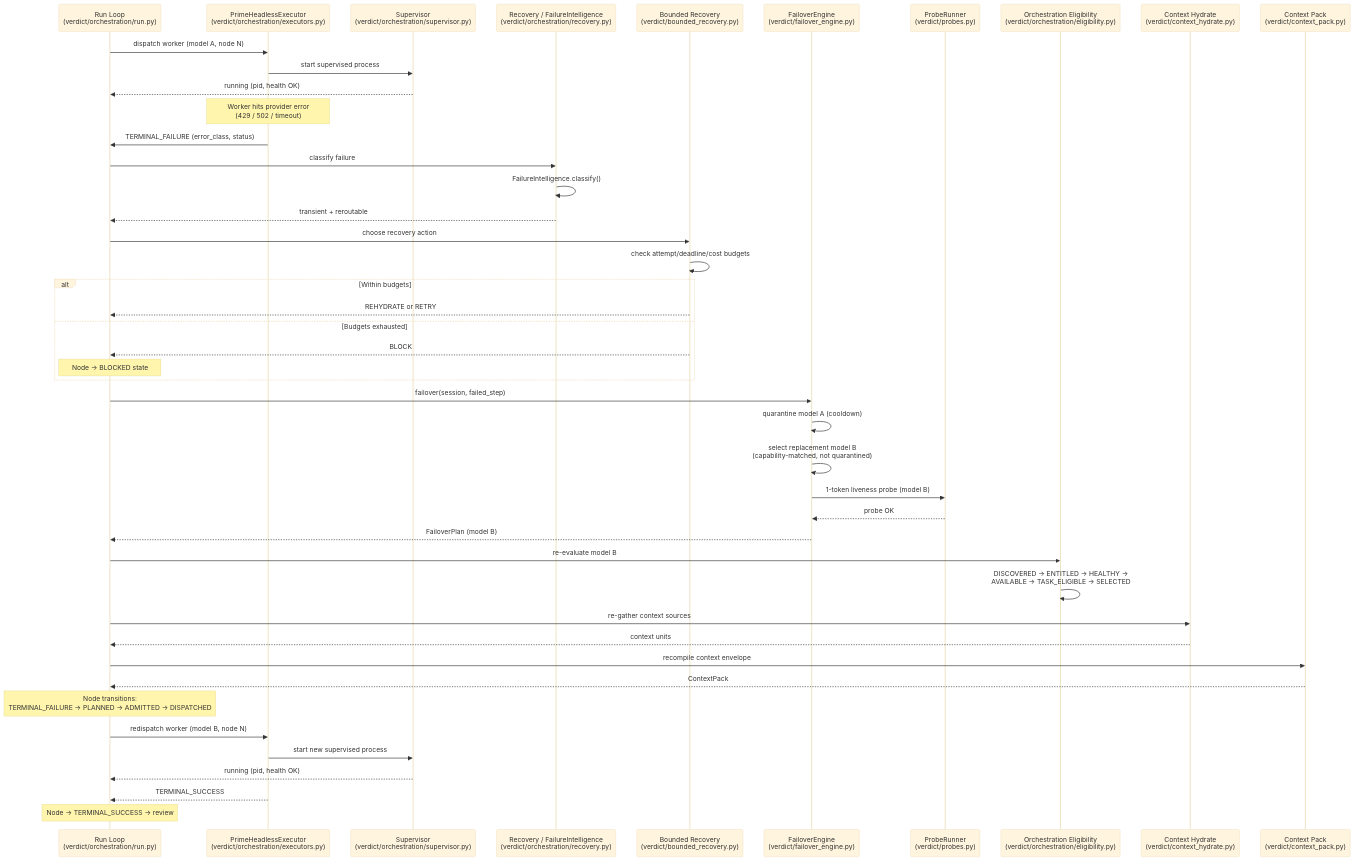
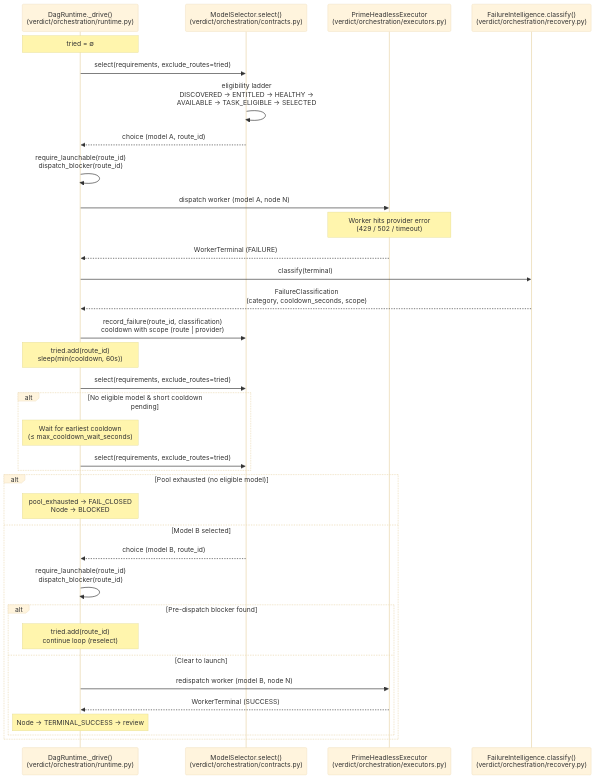
The diagram in docs/diagrams/failover-sequence.md (mrnicholasbcarter-code/verdict-core), drawn with Mermaid (base theme) before and after one commit. The commit also changed other lines of this file and 2 other files, not shown here.

Commit message:
fix(docs): address review B1-B4/N1 — remove fabricated participants, fix arrows
B1/B4: Remove FailoverEngine and BoundedRecoveryController from failover
sequence and goal-to-receipt diagrams. Show real inline _drive() loop:
classify -> cooldown(scope) -> selector.select(tried) -> launch gate ->
redispatch; pool exhausted -> FAIL_CLOSED.

B2: Remove Supervisor from per-node sequence. Show ControllerSupervisor
wrapping the controller process, not individual workers.

B3: Change eligibility arrow from ORCH_PLAN to ORCH_RUN (runtime calls
ModelSelector which runs the eligibility ladder, not planner).

N1: Relabel Cockpit from Fixture-Only Viewer to Decision & Outcome Log
Viewer. Dashboard reads verdict-decisions.jsonl + verdict-outcomes.jsonl
(live serve output), not benchmark fixtures.

````diff
--- a/docs/diagrams/failover-sequence.md
+++ b/docs/diagrams/failover-sequence.md
@@ -5,58 +8,48 @@
 ```mermaid
 sequenceDiagram
-    participant Run as Run Loop<br/>(verdict/orchestration/run.py)
+    participant RT as DagRuntime._drive()<br/>(verdict/orchestration/runtime.py)
+    participant Sel as ModelSelector.select()<br/>(verdict/orchestration/contracts.py)
     participant Exec as PrimeHeadlessExecutor<br/>(verdict/orchestration/executors.py)
-    participant Sup as Supervisor<br/>(verdict/orchestration/supervisor.py)
-    participant Rec as Recovery / FailureIntelligence<br/>(verdict/orchestration/recovery.py)
-    participant Bounded as Bounded Recovery<br/>(verdict/bounded_recovery.py)
-    participant FE as FailoverEngine<br/>(verdict/failover_engine.py)
-    participant Probes as ProbeRunner<br/>(verdict/probes.py)
-    participant Elig as Orchestration Eligibility<br/>(verdict/orchestration/eligibility.py)
-    participant Hydrate as Context Hydrate<br/>(verdict/context_hydrate.py)
-    participant Pack as Context Pack<br/>(verdict/context_pack.py)
+    participant FI as FailureIntelligence.classify()<br/>(verdict/orchestration/recovery.py)
 
-    Run->>Exec: dispatch worker (model A, node N)
-    Exec->>Sup: start supervised process
-    Sup-->>Run: running (pid, health OK)
+    Note over RT: tried = ∅
+
+    RT->>Sel: select(requirements, exclude_routes=tried)
+    Sel->>Sel: eligibility ladder<br/>DISCOVERED → ENTITLED → HEALTHY →<br/>AVAILABLE → TASK_ELIGIBLE → SELECTED
+    Sel-->>RT: choice (model A, route_id)
+
+    RT->>RT: require_launchable(route_id)<br/>dispatch_blocker(route_id)
+    RT->>Exec: dispatch worker (model A, node N)
 
     Note over Exec: Worker hits provider error<br/>(429 / 502 / timeout)
 
-    Exec->>Run: TERMINAL_FAILURE (error_class, status)
-    Run->>Rec: classify failure
-    Rec->>Rec: FailureIntelligence.classify()
-    Rec-->>Run: transient + reroutable
+    Exec-->>RT: WorkerTerminal (FAILURE)
 
-    Run->>Bounded: choose recovery action
-    Bounded->>Bounded: check attempt/deadline/cost budgets
-    alt Within budgets
-        Bounded-->>Run: REHYDRATE or RETRY
-    else Budgets exhausted
-        Bounded-->>Run: BLOCK
-        Note over Run: Node → BLOCKED state
+    RT->>FI: classify(terminal)
+    FI-->>RT: FailureClassification<br/>(category, cooldown_seconds, scope)
+
+    RT->>Sel: record_failure(route_id, classification)<br/>cooldown with scope (route | provider)
+    Note over RT: tried.add(route_id)<br/>sleep(min(cooldown, 60s))
+
+    RT->>Sel: select(requirements, exclude_routes=tried)
+
+    alt No eligible model & short cooldown pending
+        Note over RT: Wait for earliest cooldown<br/>(≤ max_cooldown_wait_seconds)
+        RT->>Sel: select(requirements, exclude_routes=tried)
     end
 
-    Run->>FE: failover(session, failed_step)
-    FE->>FE: quarantine model A (cooldown)
-    FE->>FE: select replacement model B<br/>(capability-matched, not quarantined)
-    FE->>Probes: 1-token liveness probe (model B)
-    Probes-->>FE: probe OK
+    alt Pool exhausted (no eligible model)
+        Note over RT: pool_exhausted → FAIL_CLOSED<br/>Node → BLOCKED
+    else Model B selected
+        Sel-->>RT: choice (model B, route_id)
+        RT->>RT: require_launchable(route_id)<br/>dispatch_blocker(route_id)
 
-    FE-->>Run: FailoverPlan (model B)
-
-    Run->>Elig: re-evaluate model B
-    Elig->>Elig: DISCOVERED → ENTITLED → HEALTHY →<br/>AVAILABLE → TASK_ELIGIBLE → SELECTED
-
-    Run->>Hydrate: re-gather context sources
-    Hydrate-->>Run: context units
-    Run->>Pack: recompile context envelope
-    Pack-->>Run: ContextPack
-
-    Note over Run: Node transitions:<br/>TERMINAL_FAILURE → PLANNED → ADMITTED → DISPATCHED
-
-    Run->>Exec: redispatch worker (model B, node N)
-    Exec->>Sup: start new supervised process
-    Sup-->>Run: running (pid, health OK)
-    Exec-->>Run: TERMINAL_SUCCESS
-
-    Note over Run: Node → TERMINAL_SUCCESS → review
+        alt Pre-dispatch blocker found
+            Note over RT: tried.add(route_id)<br/>continue loop (reselect)
+        else Clear to launch
+            RT->>Exec: redispatch worker (model B, node N)
+            Exec-->>RT: WorkerTerminal (SUCCESS)
+            Note over RT: Node → TERMINAL_SUCCESS → review
+        end
+    end
 ```
````
